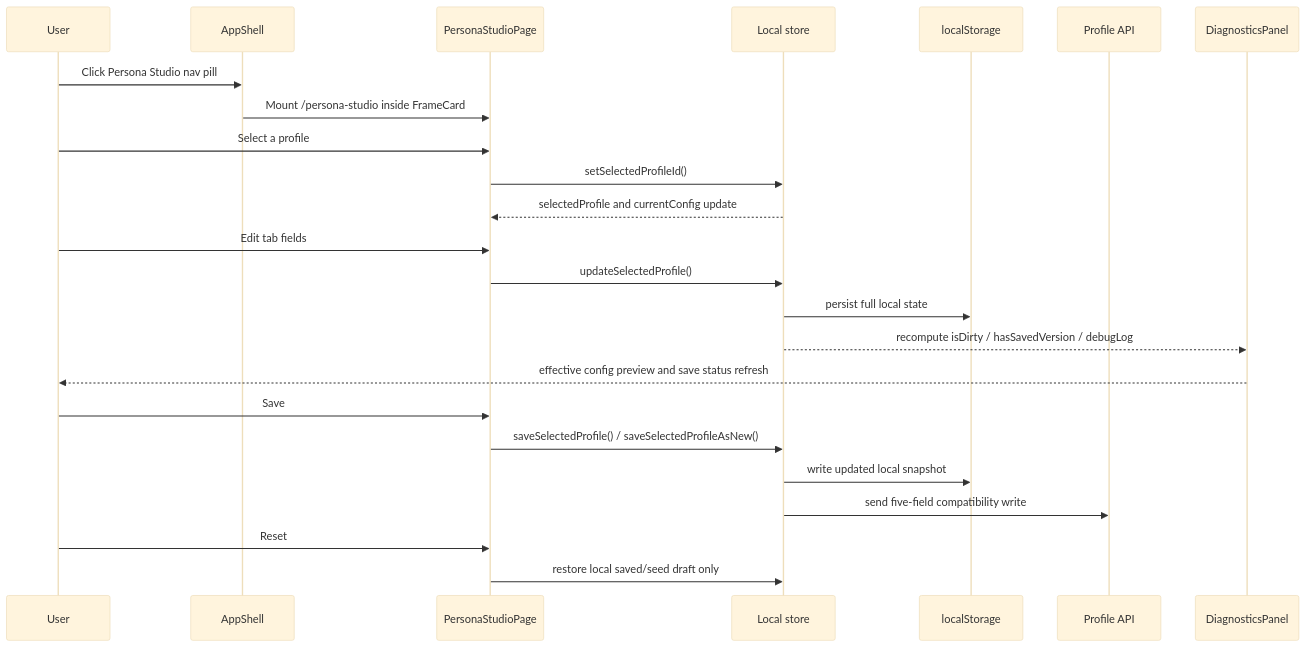
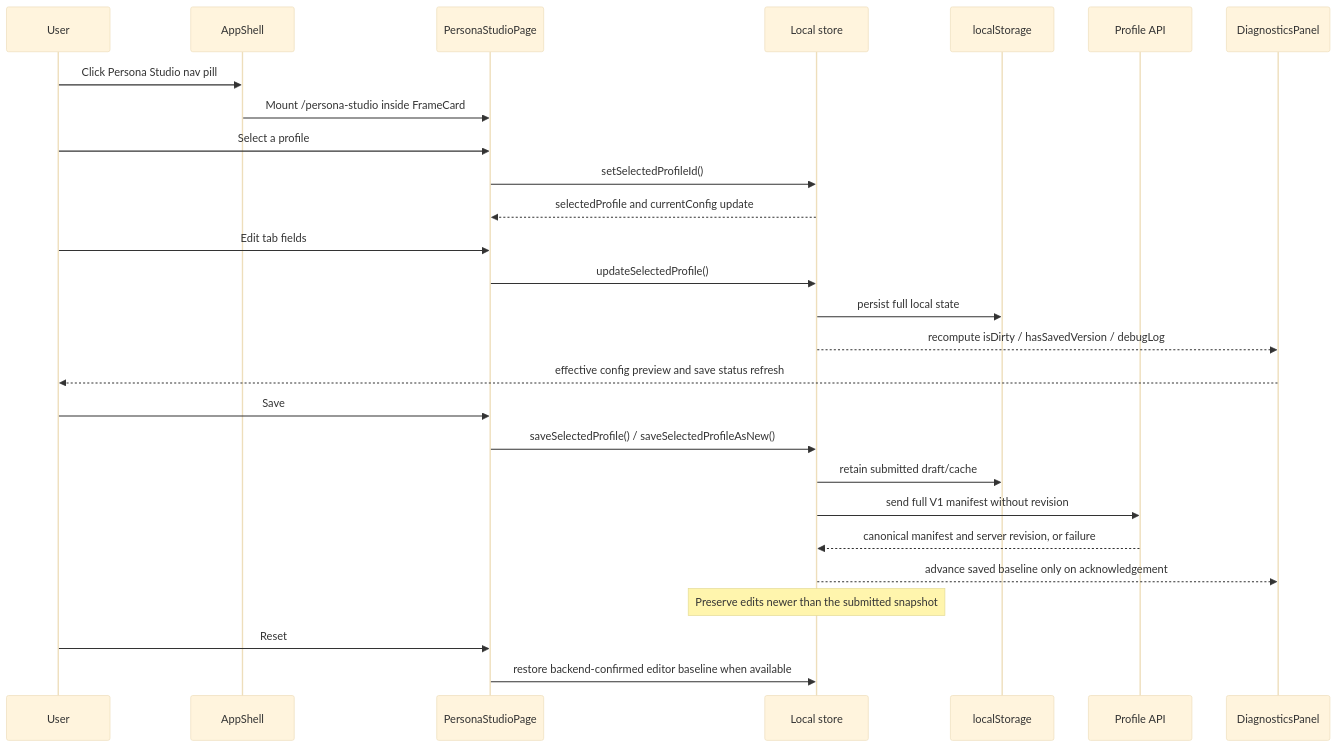
Before and after one commit to Resonant-Jones/Codexify: the third of 3 diagrams in docs/architecture/persona-studio.md, drawn with Mermaid (base theme). The commit also changed other lines of this file and 5 other files, not shown here.

````diff
--- a/docs/architecture/persona-studio.md
+++ b/docs/architecture/persona-studio.md
@@ -309,27 +348,30 @@
 ```mermaid
 sequenceDiagram
     participant U as User
     participant S as AppShell
     participant P as PersonaStudioPage
     participant T as Local store
     participant L as localStorage
     participant A as Profile API
     participant D as DiagnosticsPanel
 
     U->>S: Click Persona Studio nav pill
     S->>P: Mount /persona-studio inside FrameCard
     U->>P: Select a profile
     P->>T: setSelectedProfileId()
     T-->>P: selectedProfile and currentConfig update
     U->>P: Edit tab fields
     P->>T: updateSelectedProfile()
     T->>L: persist full local state
     T-->>D: recompute isDirty / hasSavedVersion / debugLog
     D-->>U: effective config preview and save status refresh
     U->>P: Save
     P->>T: saveSelectedProfile() / saveSelectedProfileAsNew()
-    T->>L: write updated local snapshot
-    T->>A: send five-field compatibility write
+    T->>L: retain submitted draft/cache
+    T->>A: send full V1 manifest without revision
+    A-->>T: canonical manifest and server revision, or failure
+    T-->>D: advance saved baseline only on acknowledgement
+    Note over T: Preserve edits newer than the submitted snapshot
     U->>P: Reset
-    P->>T: restore local saved/seed draft only
+    P->>T: restore backend-confirmed editor baseline when available
 ```
````
